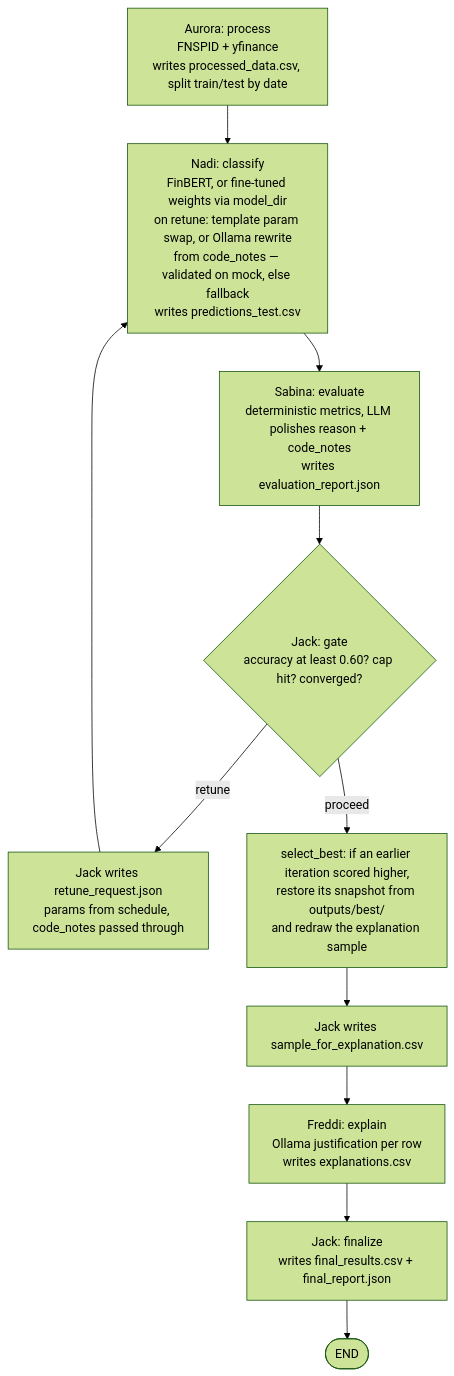
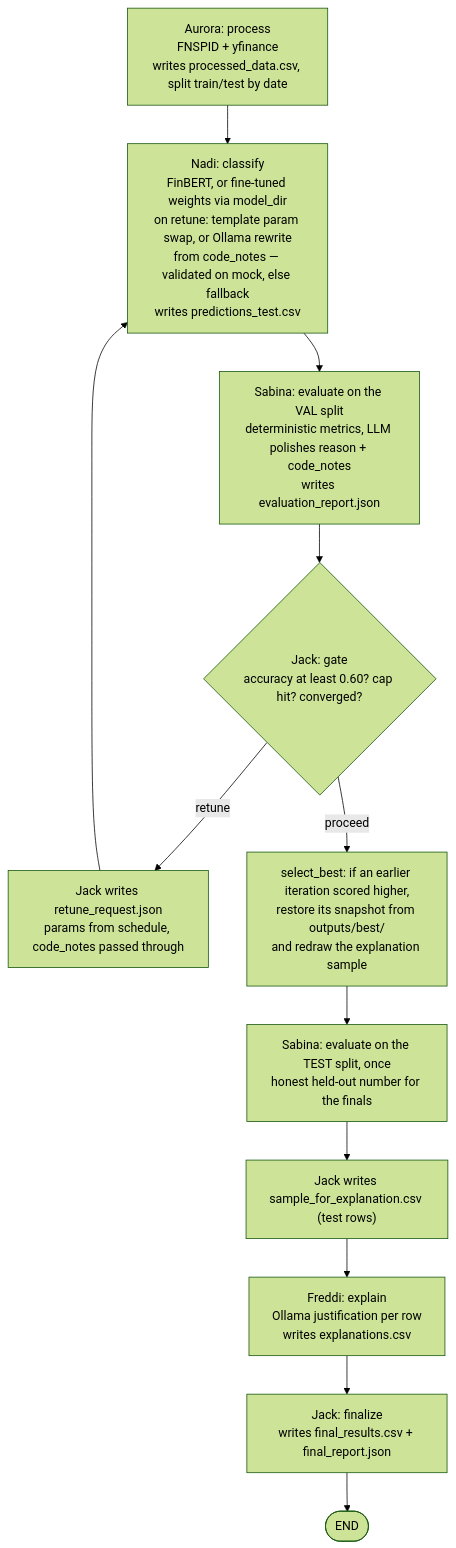
Before and after one commit to njaltran/NLP_lab: the diagram in docs/retune_loop.md, drawn with Mermaid (forest theme). The commit also changed other lines of this file and 12 other files, not shown here.

First line of the commit message:
Evaluate retunes on a val split; test set scored once, at the end

````diff
--- a/docs/retune_loop.md
+++ b/docs/retune_loop.md
@@ -28,17 +28,18 @@
 ```mermaid
 flowchart TD
     A["Aurora: process<br/>FNSPID + yfinance<br/>writes processed_data.csv, split train/test by date"] --> N
 
     N["Nadi: classify<br/>FinBERT, or fine-tuned weights via model_dir<br/>on retune: template param swap, or Ollama rewrite<br/>from code_notes — validated on mock, else fallback<br/>writes predictions_test.csv"] --> S
-    S["Sabina: evaluate<br/>deterministic metrics, LLM polishes reason + code_notes<br/>writes evaluation_report.json"] --> G
+    S["Sabina: evaluate on the VAL split<br/>deterministic metrics, LLM polishes reason + code_notes<br/>writes evaluation_report.json"] --> G
 
     G{"Jack: gate<br/>accuracy at least 0.60? cap hit? converged?"}
     G -->|retune| R
     R["Jack writes retune_request.json<br/>params from schedule, code_notes passed through"] --> N
 
     G -->|proceed| B
-    B["select_best: if an earlier iteration scored higher,<br/>restore its snapshot from outputs/best/<br/>and redraw the explanation sample"] --> P
-    P["Jack writes sample_for_explanation.csv"] --> F
+    B["select_best: if an earlier iteration scored higher,<br/>restore its snapshot from outputs/best/<br/>and redraw the explanation sample"] --> ET
+    ET["Sabina: evaluate on the TEST split, once<br/>honest held-out number for the finals"] --> P
+    P["Jack writes sample_for_explanation.csv (test rows)"] --> F
     F["Freddi: explain<br/>Ollama justification per row<br/>writes explanations.csv"] --> Z
     Z["Jack: finalize<br/>writes final_results.csv + final_report.json"] --> E([END])
 ```
````
